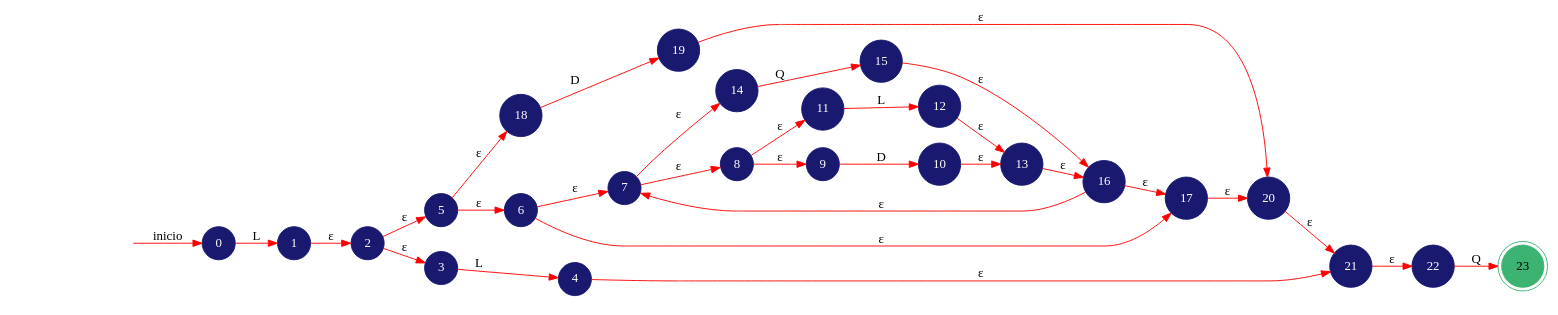
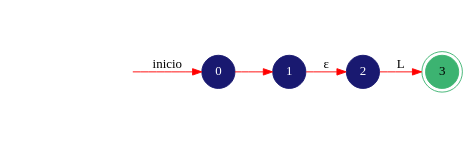
One commit to Serch-ING/create-afn-afd changed the diagram in create-afn-afd/src/Imagenes/AFDN.dot. Above: the diagram before and after it, drawn with Graphviz. The commit also changed 1 other file, not shown here.

```diff
--- a/create-afn-afd/src/Imagenes/AFDN.dot
+++ b/create-afn-afd/src/Imagenes/AFDN.dot
@@ -1,38 +1,12 @@
 digraph AUTOMATA{
 	rankdir=LR;
-	node [shape=doublecircle, style = filled,color = mediumseagreen]; 23;
+	node [shape=doublecircle, style = filled,color = mediumseagreen]; 3;
 	node [shape=circle];
 	node [color=midnightblue,fontcolor=white];
 	edge [color=red];
 	secret_node [style=invis];
 	secret_node -> 0 [label="inicio"];
-	0 -> 1 [label="L"];
+	0 -> 1 [label=" "];
 	1 -> 2 [label="ε"];
-	2 -> 5 [label="ε"];
-	2 -> 3 [label="ε"];
-	3 -> 4 [label="L"];
-	4 -> 21 [label="ε"];
-	5 -> 18 [label="ε"];
-	5 -> 6 [label="ε"];
-	6 -> 7 [label="ε"];
-	6 -> 17 [label="ε"];
-	7 -> 14 [label="ε"];
-	7 -> 8 [label="ε"];
-	8 -> 11 [label="ε"];
-	8 -> 9 [label="ε"];
-	9 -> 10 [label="D"];
-	10 -> 13 [label="ε"];
-	11 -> 12 [label="L"];
-	12 -> 13 [label="ε"];
-	13 -> 16 [label="ε"];
-	14 -> 15 [label="Q"];
-	15 -> 16 [label="ε"];
-	16 -> 7 [label="ε"];
-	16 -> 17 [label="ε"];
-	17 -> 20 [label="ε"];
-	18 -> 19 [label="D"];
-	19 -> 20 [label="ε"];
-	20 -> 21 [label="ε"];
-	21 -> 22 [label="ε"];
-	22 -> 23 [label="Q"];
+	2 -> 3 [label="L"];
 }
```
